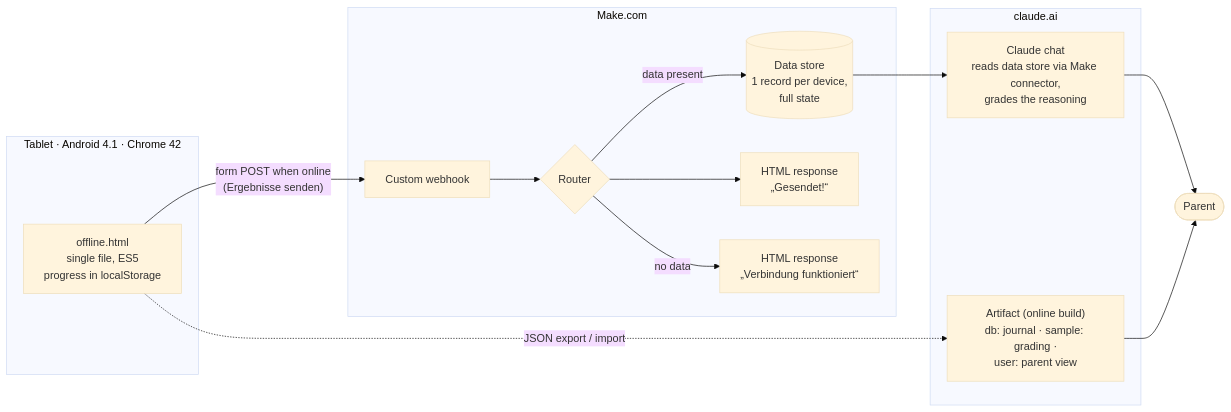
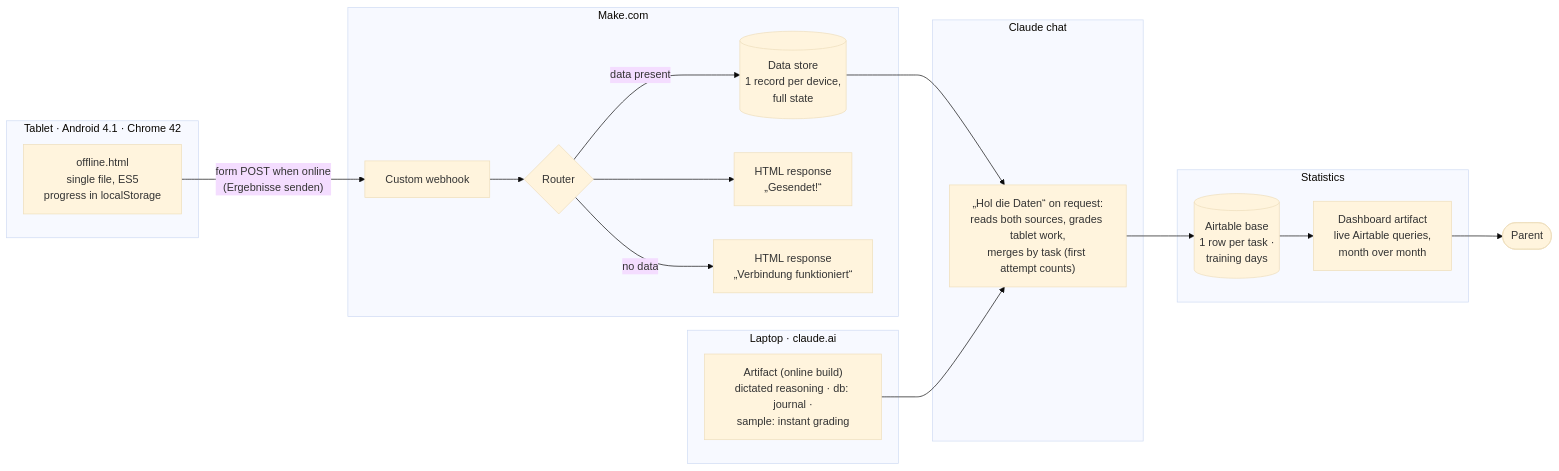
Before and after one commit to dariiasichynska/olympiade-training: the diagram in README.md, drawn with Mermaid (base theme). The commit also changed other lines of this file and 14 other files, not shown here.

````diff
--- a/README.md
+++ b/README.md
@@ -43,21 +49,28 @@
 ```mermaid
 flowchart LR
   subgraph Tablet["Tablet · Android 4.1 · Chrome 42"]
     O["offline.html<br/>single file, ES5<br/>progress in localStorage"]
+  end
+  subgraph Laptop["Laptop · claude.ai"]
+    AR["Artifact (online build)<br/>dictated reasoning · db: journal ·<br/>sample: instant grading"]
   end
   subgraph Make["Make.com"]
     W["Custom webhook"] --> R{"Router"}
     R -->|"data present"| D[("Data store<br/>1 record per device,<br/>full state")]
     R --> A["HTML response<br/>„Gesendet!“"]
     R -->|"no data"| T["HTML response<br/>„Verbindung funktioniert“"]
   end
-  subgraph Claude["claude.ai"]
-    C["Claude chat<br/>reads data store via Make connector,<br/>grades the reasoning"]
-    AR["Artifact (online build)<br/>db: journal · sample: grading ·<br/>user: parent view"]
+  subgraph Claude["Claude chat"]
+    C["„Hol die Daten“ on request:<br/>reads both sources, grades tablet work,<br/>merges by task (first attempt counts)"]
+  end
+  subgraph Stats["Statistics"]
+    AT[("Airtable base<br/>1 row per task ·<br/>training days")]
+    DB["Dashboard artifact<br/>live Airtable queries,<br/>month over month"]
   end
   O -- "form POST when online<br/>(Ergebnisse senden)" --> W
   D --> C
-  O -. "JSON export / import" .-> AR
-  C --> P(["Parent"])
-  AR --> P
+  AR --> C
+  C --> AT
+  AT --> DB
+  DB --> P(["Parent"])
 ```
````
